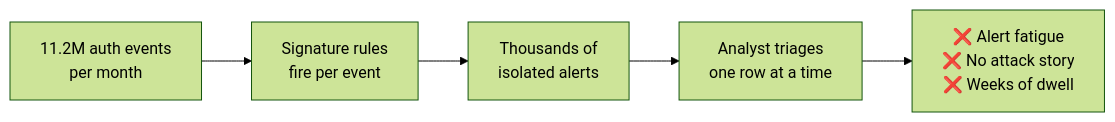
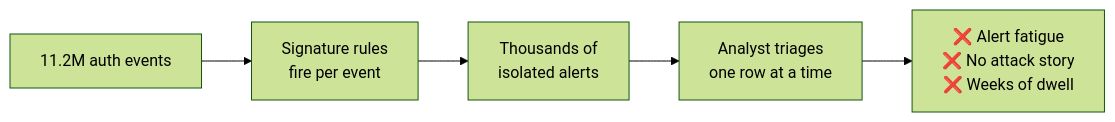
Before and after one commit to RishiiGamer2201/resilience-graph-ai: the first of 4 diagrams in PITCH_DECK.md, drawn with Mermaid (forest theme). The commit also changed other lines of this file, not shown here.

````diff
--- a/PITCH_DECK.md
+++ b/PITCH_DECK.md
@@ -78,7 +71,7 @@
 ```mermaid
 flowchart LR
-  A["11.2M auth events<br/>per month"] --> B["Signature rules<br/>fire per event"]
+  A["11.2M auth events"] --> B["Signature rules<br/>fire per event"]
   B --> C["Thousands of<br/>isolated alerts"]
   C --> D["Analyst triages<br/>one row at a time"]
   D --> E["❌ Alert fatigue<br/>❌ No attack story<br/>❌ Weeks of dwell"]
 ```
````
